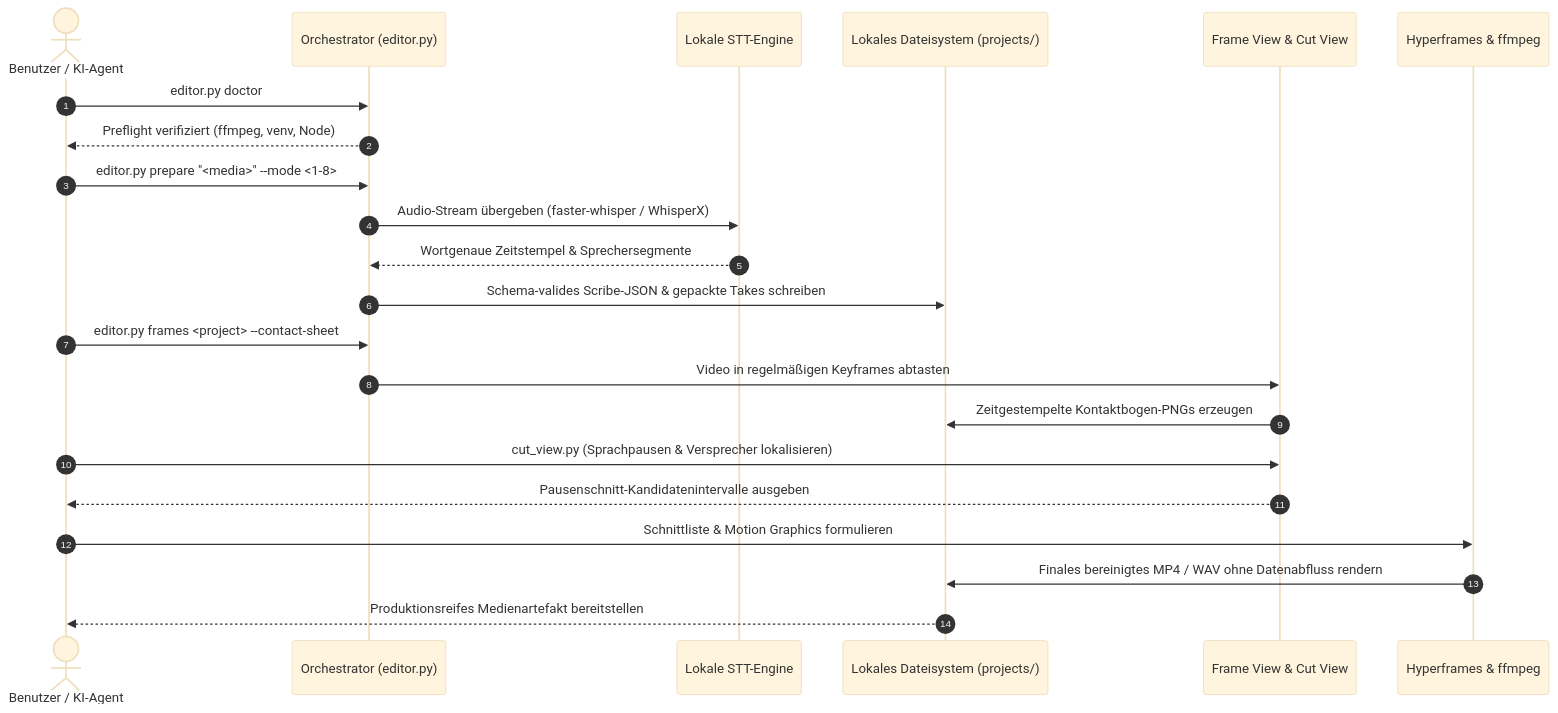
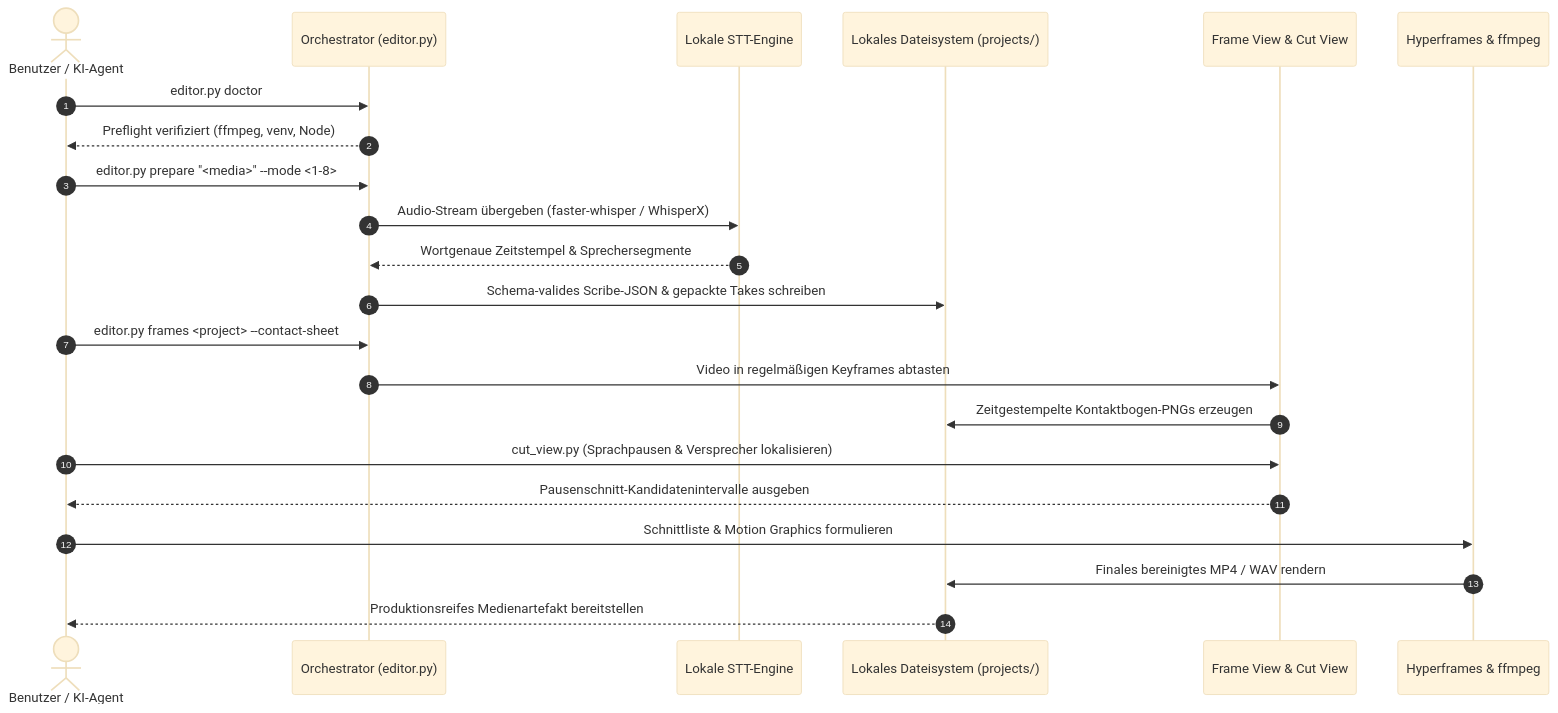
Before and after one commit to ellmos-ai/ai-media-editor: the second of 2 diagrams in README_de.md, drawn with Mermaid (base theme). The commit also changed other lines of this file and 13 other files, not shown here.

````diff
--- a/README_de.md
+++ b/README_de.md
@@ -117,25 +117,25 @@
 ```mermaid
 sequenceDiagram
     autonumber
     actor Dev as Benutzer / KI-Agent
     participant Orch as Orchestrator (editor.py)
     participant STT as Lokale STT-Engine
     participant FS as Lokales Dateisystem (projects/)
     participant Visual as Frame View & Cut View
     participant Render as Hyperframes & ffmpeg
 
     Dev->>Orch: editor.py doctor
     Orch-->>Dev: Preflight verifiziert (ffmpeg, venv, Node)
     Dev->>Orch: editor.py prepare "<media>" --mode <1-8>
     Orch->>STT: Audio-Stream übergeben (faster-whisper / WhisperX)
     STT-->>Orch: Wortgenaue Zeitstempel & Sprechersegmente
     Orch->>FS: Schema-valides Scribe-JSON & gepackte Takes schreiben
     Dev->>Orch: editor.py frames <project> --contact-sheet
     Orch->>Visual: Video in regelmäßigen Keyframes abtasten
     Visual->>FS: Zeitgestempelte Kontaktbogen-PNGs erzeugen
     Dev->>Visual: cut_view.py (Sprachpausen & Versprecher lokalisieren)
     Visual-->>Dev: Pausenschnitt-Kandidatenintervalle ausgeben
     Dev->>Render: Schnittliste & Motion Graphics formulieren
-    Render->>FS: Finales bereinigtes MP4 / WAV ohne Datenabfluss rendern
+    Render->>FS: Finales bereinigtes MP4 / WAV rendern
     FS-->>Dev: Produktionsreifes Medienartefakt bereitstellen
 ```
````
